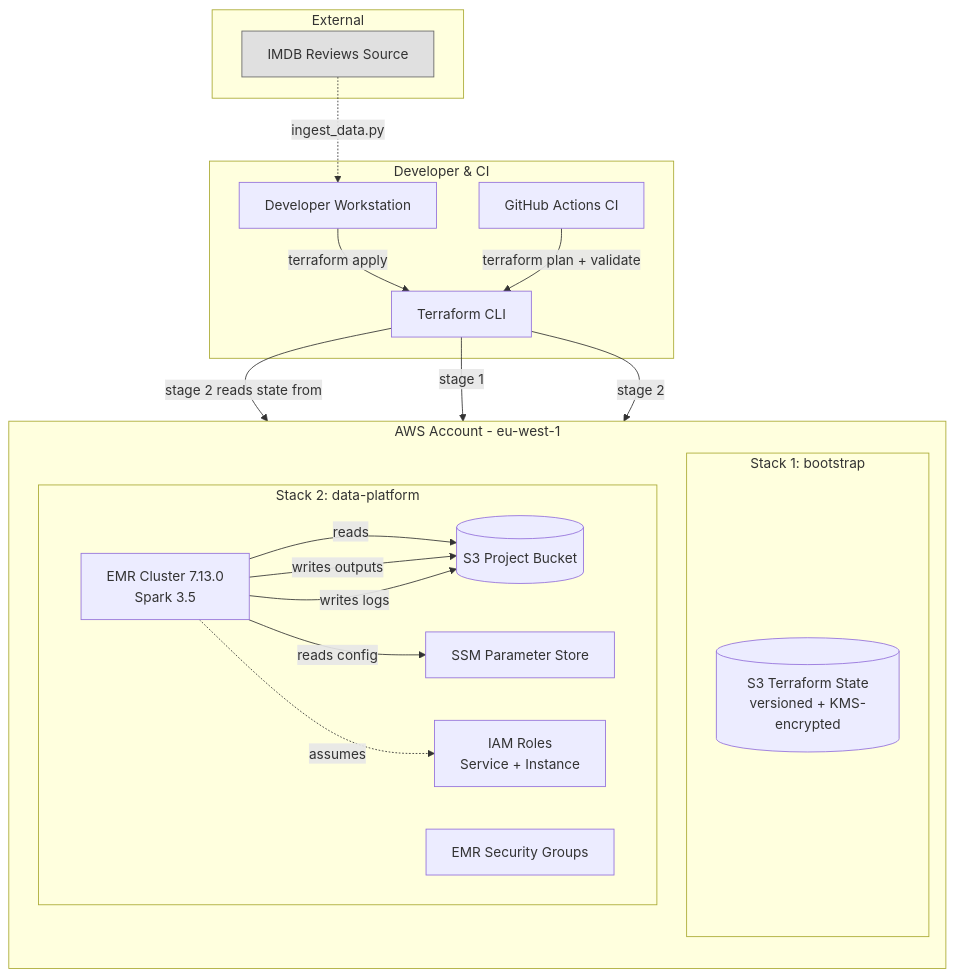
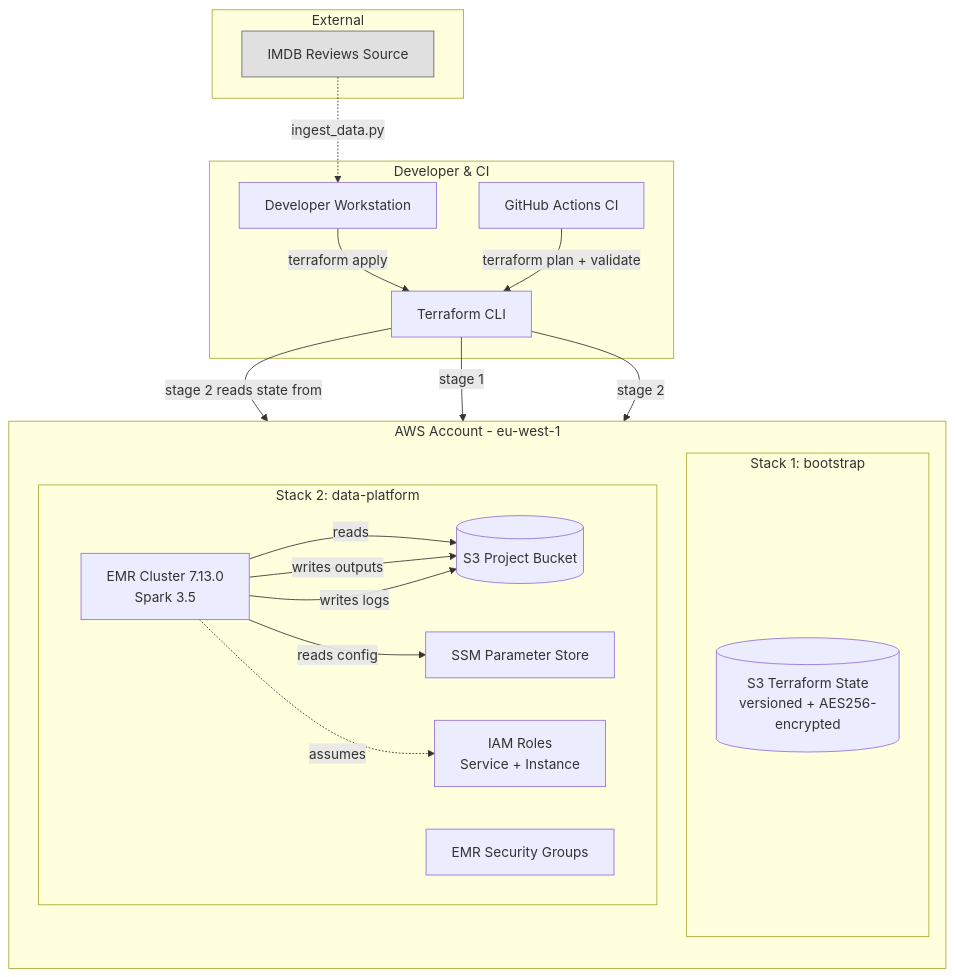
One commit to mzanferrari/imdb-sentiment-terraform-pyspark-emr changed the first of 2 diagrams in docs/ARCHITECTURE.md. Above: the diagram before and after it, drawn with Mermaid. The commit also changed other lines of this file and 7 other files, not shown here.

````diff
--- a/docs/ARCHITECTURE.md
+++ b/docs/ARCHITECTURE.md
@@ -26,43 +26,43 @@
 ```mermaid
 flowchart TB
     subgraph Layer0 [" Developer & CI "]
         Dev[Developer Workstation]
         GHA[GitHub Actions CI]
         Dev -->|terraform apply| TFCLI[Terraform CLI]
         GHA -->|terraform plan + validate| TFCLI
     end
 
     subgraph Layer1 [" AWS Account - eu-west-1 "]
         direction TB
 
         subgraph BootStack [" Stack 1: bootstrap "]
-            StateBucket[(S3 Terraform State<br/>versioned + KMS-encrypted)]
+            StateBucket[(S3 Terraform State<br/>versioned + AES256-encrypted)]
         end
 
         subgraph PlatformStack [" Stack 2: data-platform "]
             AppBucket[(S3 Project Bucket)]
             SSM[SSM Parameter Store]
             IAM[IAM Roles<br/>Service + Instance]
             EMR[EMR Cluster 7.13.0<br/>Spark 3.5]
             SG[EMR Security Groups]
         end
 
         TFCLI -->|stage 1| BootStack
         TFCLI -->|stage 2 reads state from| StateBucket
         TFCLI -->|stage 2| PlatformStack
 
         EMR -->|reads| AppBucket
         EMR -->|reads config| SSM
         EMR -->|writes outputs| AppBucket
         EMR -->|writes logs| AppBucket
         EMR -.->|assumes| IAM
     end
 
     subgraph Layer2 [" External "]
         IMDBSrc[IMDB Reviews Source]
         IMDBSrc -.->|ingest_data.py| Dev
     end
 
     classDef ext fill:#e0e0e0,stroke:#666
     class IMDBSrc ext
 ```
````
